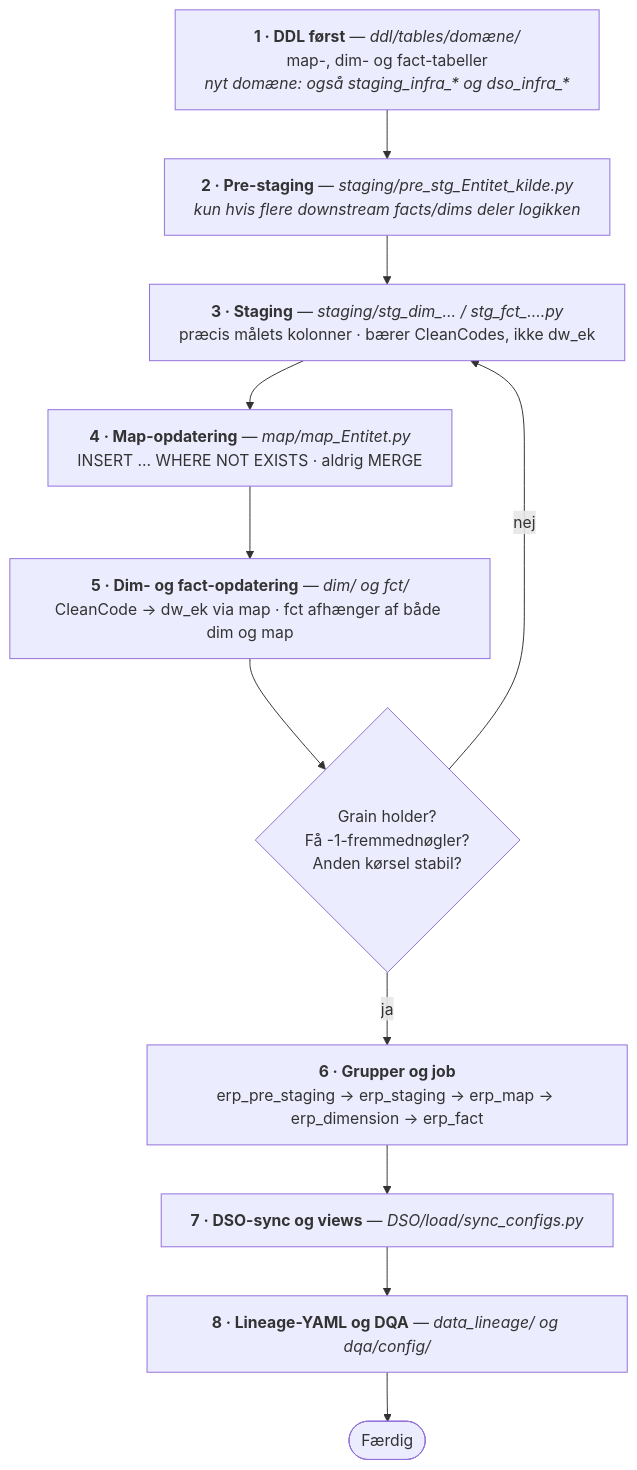
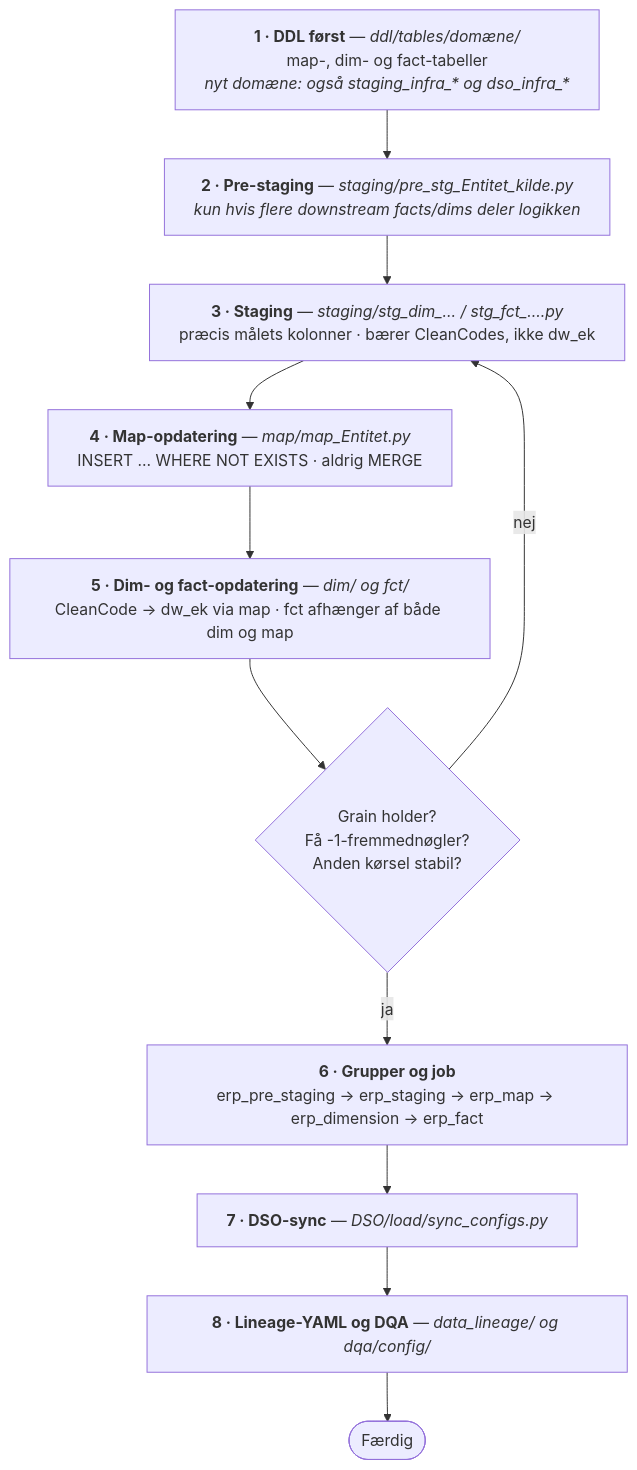
The diagram in etl/docs/basismodel/03b_DSA_arkiv_til_dimensionel_model.md (enversion-journl/healthpipe), drawn with Mermaid before and after one commit. The commit also changed other lines of this file and 623 other files, not shown here.

````diff
--- a/etl/docs/basismodel/03b_DSA_arkiv_til_dimensionel_model.md
+++ b/etl/docs/basismodel/03b_DSA_arkiv_til_dimensionel_model.md
@@ -147,18 +148,18 @@
 ```mermaid
 %%{init: {"flowchart": {"wrappingWidth": 430}}}%%
 flowchart TD
     DDL["<b>1 · DDL først</b> — <i>ddl/tables/domæne/</i><br/>map-, dim- og fact-tabeller<br/><i>nyt domæne: også staging_infra_* og dso_infra_*</i>"]
     PRE["<b>2 · Pre-staging</b> — <i>staging/pre_stg_Entitet_kilde.py</i><br/><i>kun hvis flere downstream facts/dims deler logikken</i>"]
     STG["<b>3 · Staging</b> — <i>staging/stg_dim_… / stg_fct_….py</i><br/>præcis målets kolonner · bærer CleanCodes, ikke dw_ek"]
     MAP["<b>4 · Map-opdatering</b> — <i>map/map_Entitet.py</i><br/>INSERT … WHERE NOT EXISTS · aldrig MERGE"]
     DIM["<b>5 · Dim- og fact-opdatering</b> — <i>dim/ og fct/</i><br/>CleanCode → dw_ek via map · fct afhænger af både dim og map"]
     GRP["<b>6 · Grupper og job</b><br/>erp_pre_staging → erp_staging → erp_map → erp_dimension → erp_fact"]
-    DSO["<b>7 · DSO-sync og views</b> — <i>DSO/load/sync_configs.py</i>"]
+    DSO["<b>7 · DSO-sync</b> — <i>DSO/load/sync_configs.py</i>"]
     LIN["<b>8 · Lineage-YAML og DQA</b> — <i>data_lineage/ og dqa/config/</i>"]
     VER{"Grain holder?<br/>Få -1-fremmednøgler?<br/>Anden kørsel stabil?"}
     OK(["Færdig"])
 
     DDL --> PRE --> STG --> MAP --> DIM --> VER
     VER -- ja --> GRP --> DSO --> LIN --> OK
     VER -- nej --> STG
 ```
````
